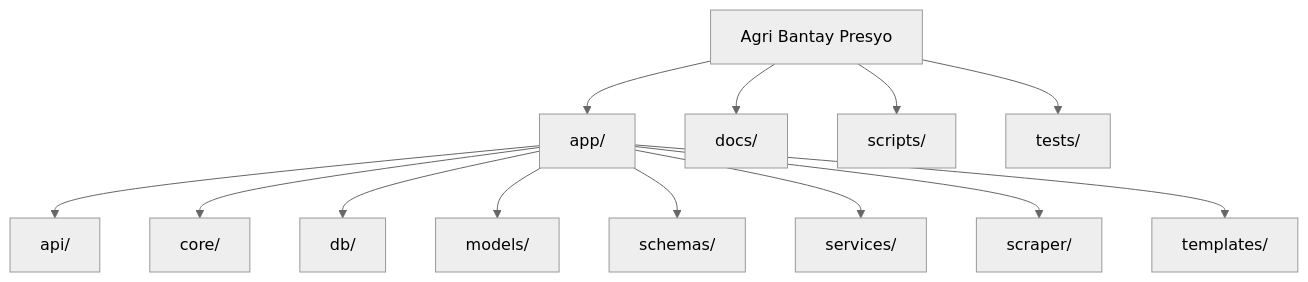
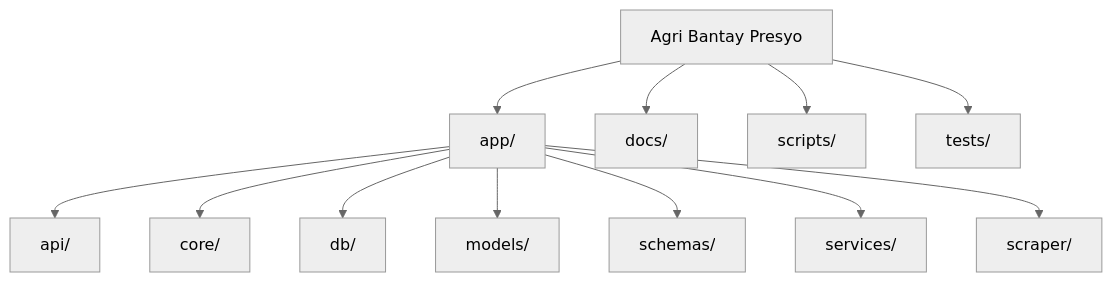
One commit to leodyversemilla07/agri-bantay-presyo changed the diagram in docs/project_structure.md. Above: the diagram before and after it, drawn with Mermaid (neutral theme). The commit also changed other lines of this file and 30 other files, not shown here.

````diff
--- a/docs/project_structure.md
+++ b/docs/project_structure.md
@@ -5,16 +5,15 @@
 ```mermaid
 graph TD
     Root[Agri Bantay Presyo] --> App[app/]
     Root --> Docs[docs/]
     Root --> Scripts[scripts/]
     Root --> Tests[tests/]
 
     App --> API[api/]
     App --> Core[core/]
     App --> DB[db/]
     App --> Models[models/]
     App --> Schemas[schemas/]
     App --> Services[services/]
     App --> Scraper[scraper/]
-    App --> Templates[templates/]
 ```
````
